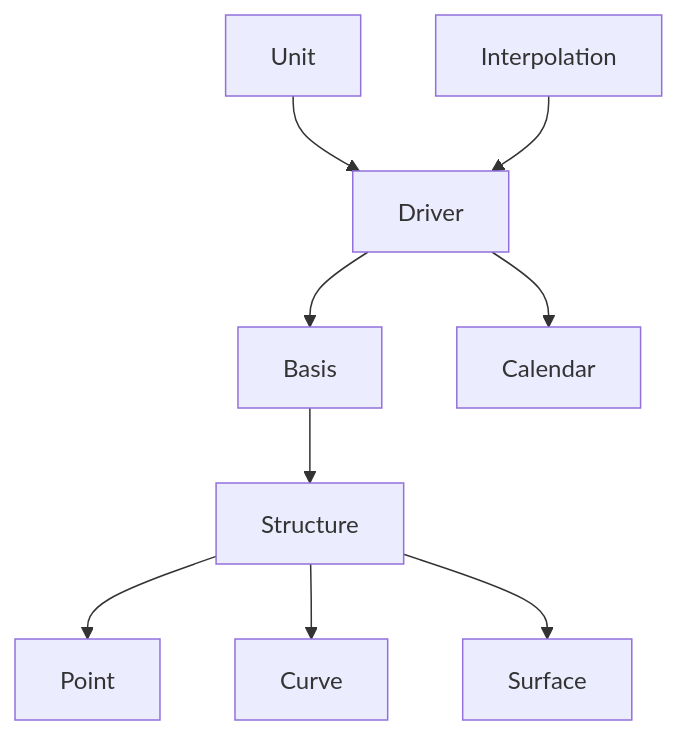
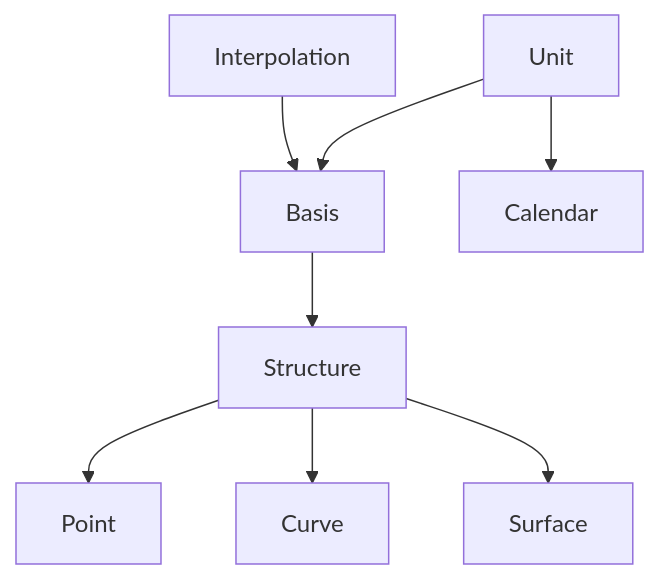
Before and after one commit to tristanvandevelde/finstruct: the diagram in README.md, drawn with Mermaid. The commit also changed other lines of this file, not shown here.

````diff
--- a/README.md
+++ b/README.md
@@ -33,11 +32,10 @@
 ```mermaid
 graph TD;
-    Unit-->Driver;
-    Interpolation-->Driver;
-    Driver-->Basis;
-    Driver-->Calendar;
+    Unit-->Basis;
+    Interpolation-->Basis;
+    Unit-->Calendar;
     Basis-->Structure;
     Structure-->Point;
     Structure-->Curve;
     Structure-->Surface;
 ```
````
